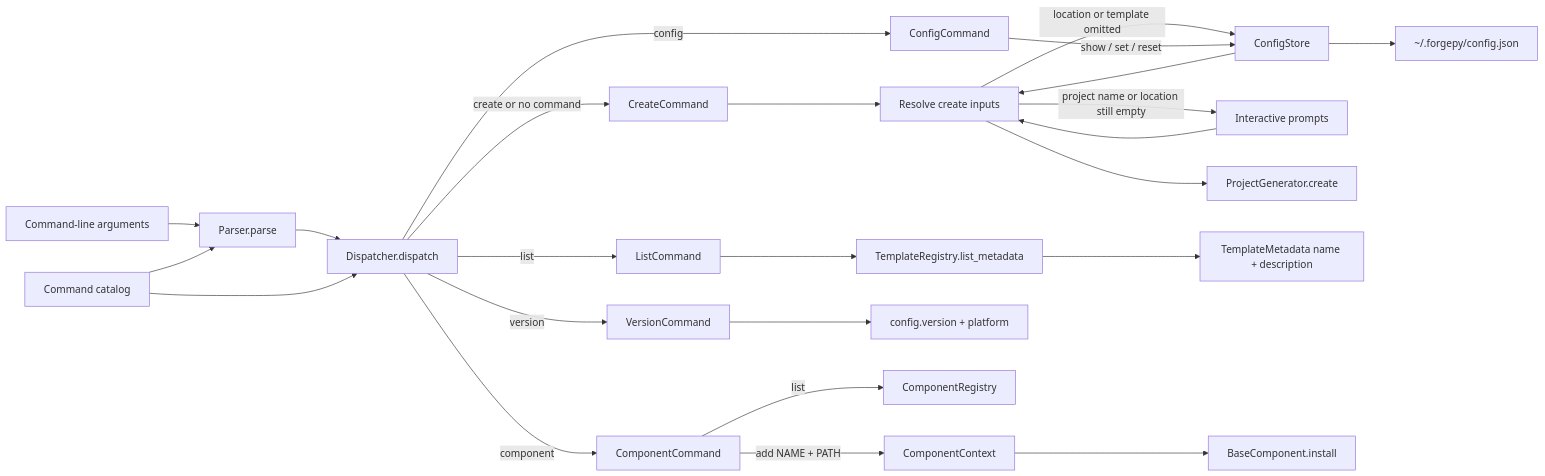
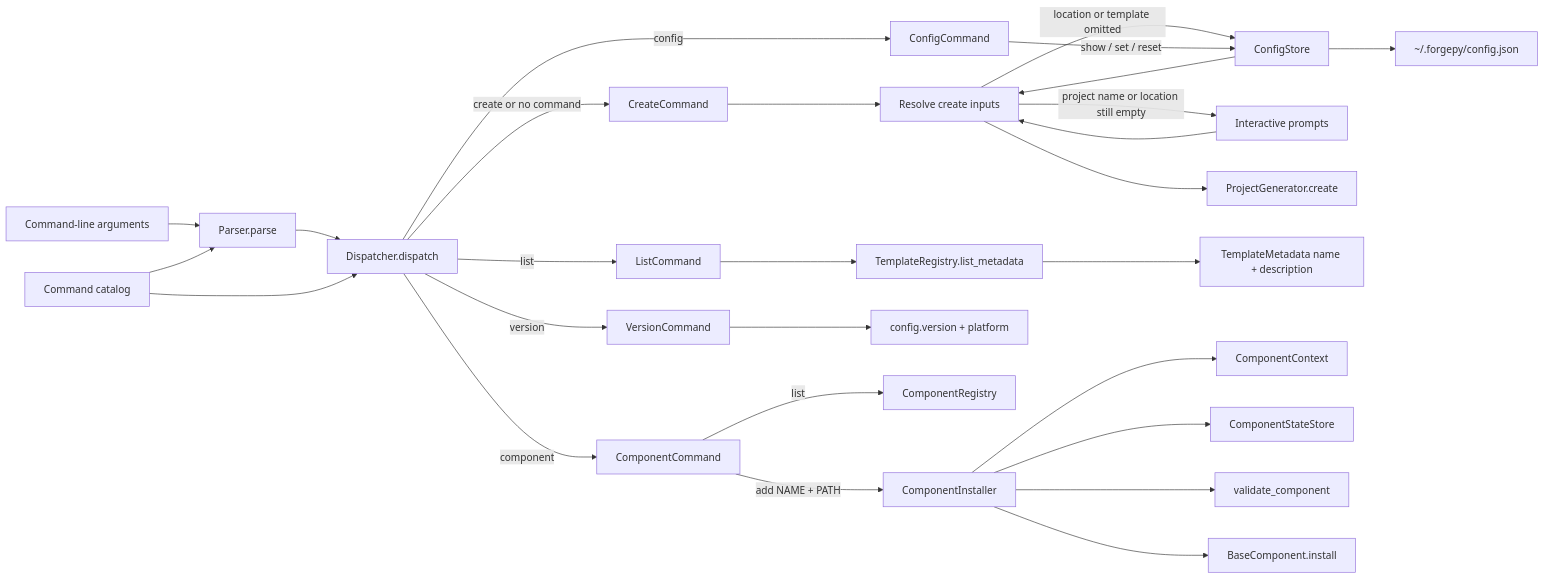
One commit to rendyzou89/ForgePy changed the third of 4 diagrams in ARCHITECTURE.md. Above: the diagram before and after it, drawn with Mermaid. The commit also changed other lines of this file and 6 other files, not shown here.

````diff
--- a/ARCHITECTURE.md
+++ b/ARCHITECTURE.md
@@ -332,26 +356,29 @@
 ```mermaid
 flowchart LR
     Args[Command-line arguments] --> Parse[Parser.parse]
     Catalog[Command catalog] --> Parse
     Parse --> Dispatch[Dispatcher.dispatch]
     Catalog --> Dispatch
     Dispatch -->|create or no command| Create[CreateCommand]
     Dispatch -->|list| List[ListCommand]
     Dispatch -->|version| Version[VersionCommand]
     Dispatch -->|config| Config[ConfigCommand]
     Dispatch -->|component| Component[ComponentCommand]
     Create --> Resolve[Resolve create inputs]
     Resolve -->|location or template omitted| Store[ConfigStore]
     Store --> Resolve
     Resolve -->|project name or location still empty| Prompt[Interactive prompts]
     Prompt --> Resolve
     Resolve --> Generator[ProjectGenerator.create]
     List --> Registry[TemplateRegistry.list_metadata]
     Registry --> TemplateInfo[TemplateMetadata name + description]
     Version --> Metadata[config.version + platform]
     Config -->|show / set / reset| Store[ConfigStore]
     Store --> UserFile[~/.forgepy/config.json]
     Component -->|list| ComponentRegistry[ComponentRegistry]
-    Component -->|add NAME + PATH| ComponentContext[ComponentContext]
-    ComponentContext --> Install[BaseComponent.install]
+    Component -->|add NAME + PATH| Installer[ComponentInstaller]
+    Installer --> ComponentContext[ComponentContext]
+    Installer --> ComponentState[ComponentStateStore]
+    Installer --> ComponentValidation[validate_component]
+    Installer --> Install[BaseComponent.install]
 ```
````
